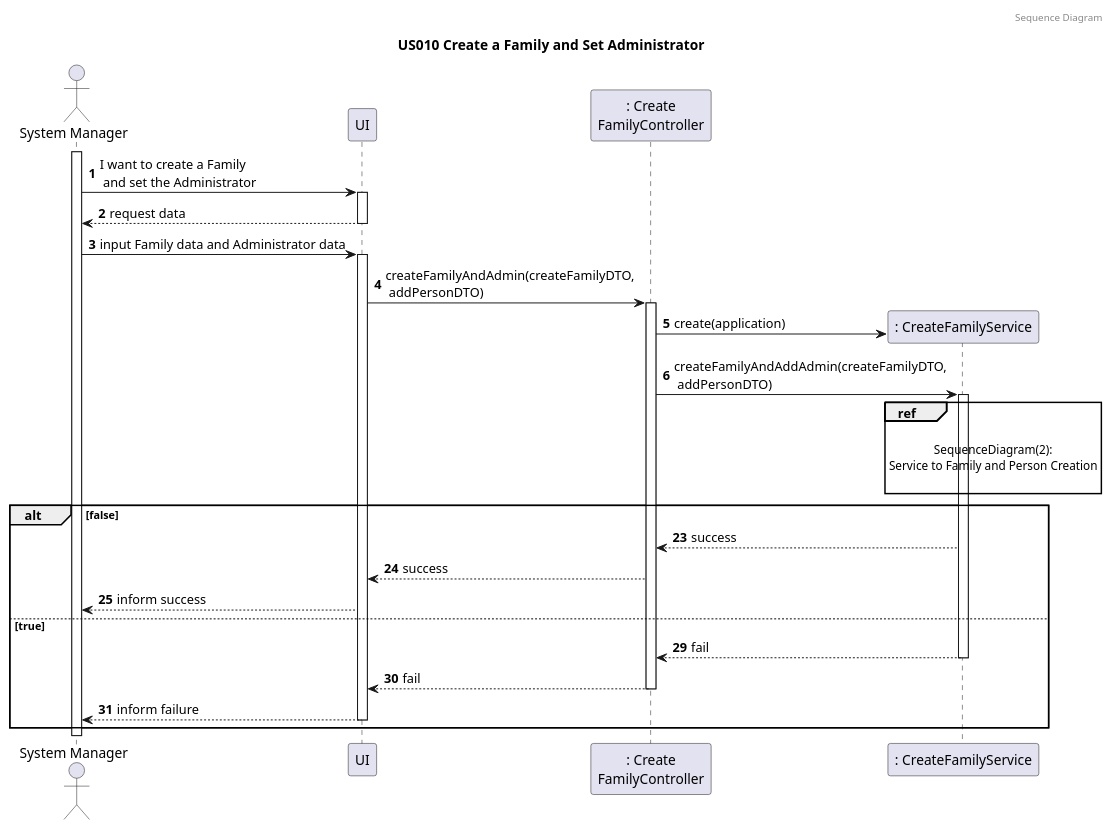
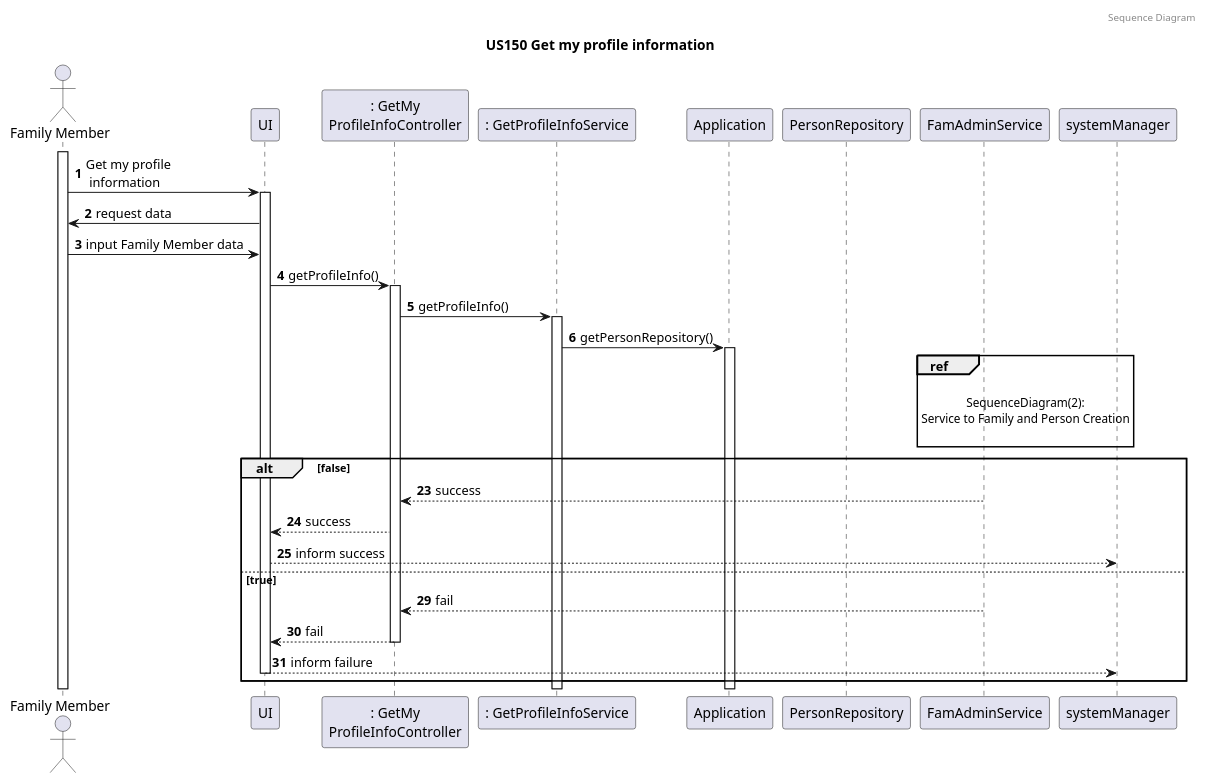
The third of 5 diagrams in docs/sprint3/user_stories/US150_GetFamilyMemberProfile..md (tomas-osswald/switch_2020_g3), drawn with PlantUML before and after one commit. The commit also changed other lines of this file, not shown here.

Commit message:
small changes in plant uml

`````diff
--- a/docs/sprint3/user_stories/US150_GetFamilyMemberProfile..md
+++ b/docs/sprint3/user_stories/US150_GetFamilyMemberProfile..md
@@ -120,52 +103,53 @@
 ````puml
 @startuml
 
 autonumber
 header Sequence Diagram
-title US010 Create a Family and Set Administrator
+title US150 Get my profile information
 
-actor "System Manager" as systemManager
+actor "Family Member" as actor
 participant "UI" as UI
-participant ": Create\nFamilyController" as controller
-participant ": CreateFamilyService" as FamAdminService
-activate systemManager
-systemManager -> UI: I want to create a Family \n and set the Administrator
+participant ": GetMy\nProfileInfoController" as controller
+participant ": GetProfileInfoService" as service
+participant "Application" as app
+participant "PersonRepository" as repository
+activate actor
+actor -> UI: Get my profile\n information
 activate UI
-return request data
-systemManager -> UI : input Family data and Administrator data
-activate UI
-UI -> controller : createFamilyAndAdmin(createFamilyDTO,\n addPersonDTO)
+UI -> actor : request data
+actor -> UI : input Family Member data
+UI -> controller : getProfileInfo()
 activate controller
-controller -> FamAdminService** : create(application)
-controller -> FamAdminService : createFamilyAndAddAdmin(createFamilyDTO,\n addPersonDTO)
-activate FamAdminService
-
+controller -> service : getProfileInfo()
+activate service
+service -> app : getPersonRepository()
+activate app
 ref over FamAdminService
 
 SequenceDiagram(2):
 Service to Family and Person Creation
 
 end
 
 alt #transparent false
 autonumber 23
 
 FamAdminService --> controller : success
 controller --> UI : success
 UI --> systemManager : inform success
 
 else true
 autonumber 29
 
 FamAdminService --> controller : fail
 deactivate FamAdminService
 
 controller --> UI : fail
 deactivate controller
 UI --> systemManager : inform failure
 deactivate UI
 
 
 end
 @enduml
 ````
`````
